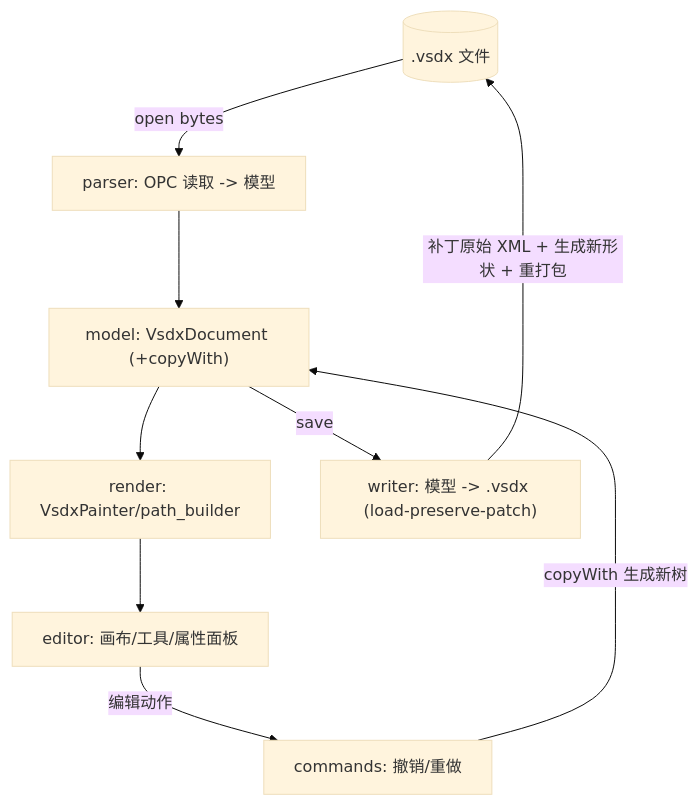
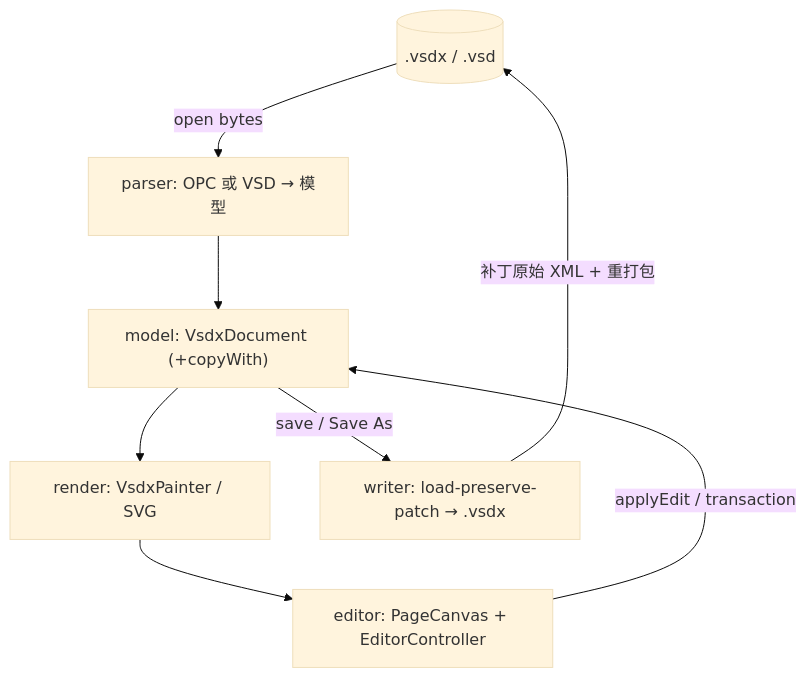
Before and after one commit to IoTServ/visioeditor: the diagram in docs/ARCHITECTURE.md, drawn with Mermaid (base theme). The commit also changed other lines of this file and 2 other files, not shown here.

First line of the commit message:
docs: align ARCHITECTURE and fixtures with the real repo layout

````diff
--- a/docs/ARCHITECTURE.md
+++ b/docs/ARCHITECTURE.md
@@ -45,13 +50,12 @@
 ```mermaid
 flowchart TD
-    FILE[(".vsdx 文件")]
-    PARSER["parser: OPC 读取 -> 模型"]
+    FILE[(".vsdx / .vsd")]
+    PARSER["parser: OPC 或 VSD → 模型"]
     MODEL["model: VsdxDocument (+copyWith)"]
-    RENDER["render: VsdxPainter/path_builder"]
-    UI["editor: 画布/工具/属性面板"]
-    CMD["commands: 撤销/重做"]
-    WRITER["writer: 模型 -> .vsdx (load-preserve-patch)"]
+    RENDER["render: VsdxPainter / SVG"]
+    UI["editor: PageCanvas + EditorController"]
+    WRITER["writer: load-preserve-patch → .vsdx"]
     FILE -->|"open bytes"| PARSER --> MODEL --> RENDER --> UI
-    UI -->|"编辑动作"| CMD -->|"copyWith 生成新树"| MODEL
-    MODEL -->|"save"| WRITER -->|"补丁原始 XML + 生成新形状 + 重打包"| FILE
+    UI -->|"applyEdit / transaction"| MODEL
+    MODEL -->|"save / Save As"| WRITER -->|"补丁原始 XML + 重打包"| FILE
 ```
````
